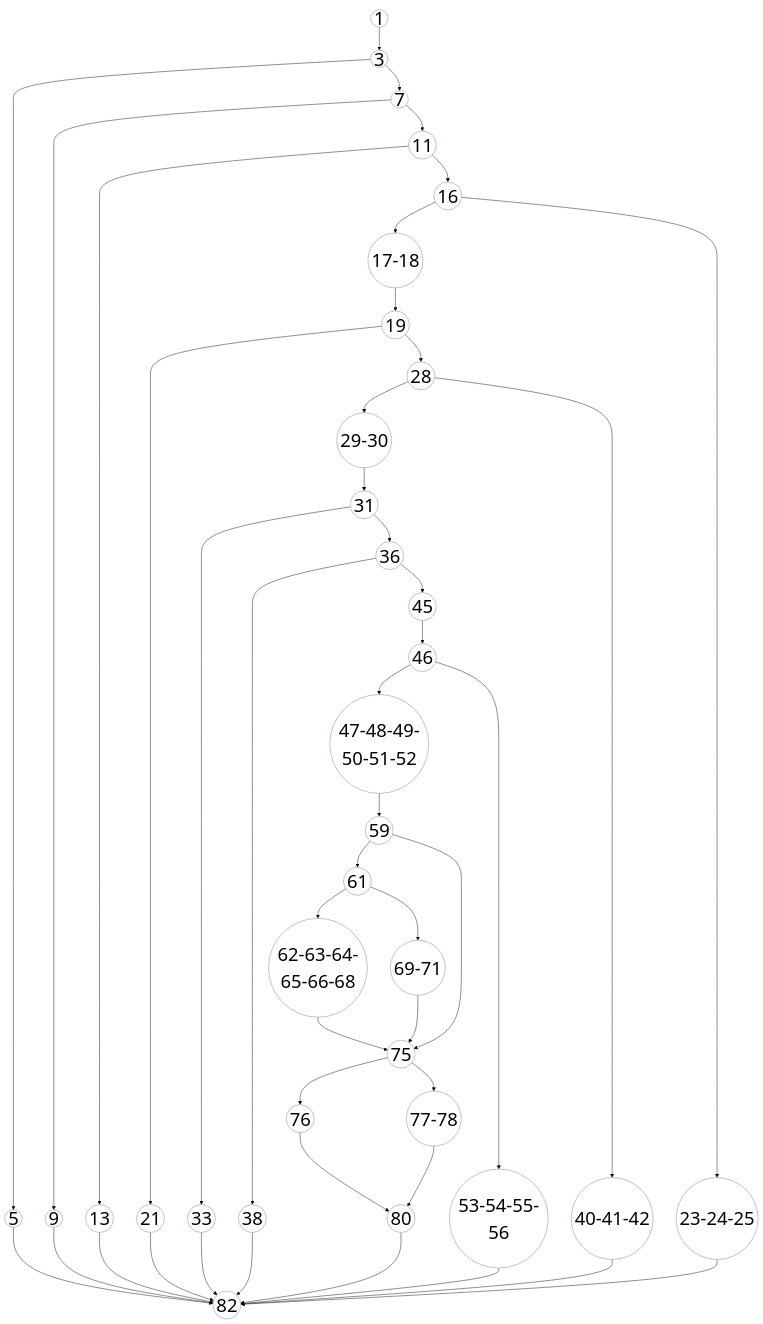
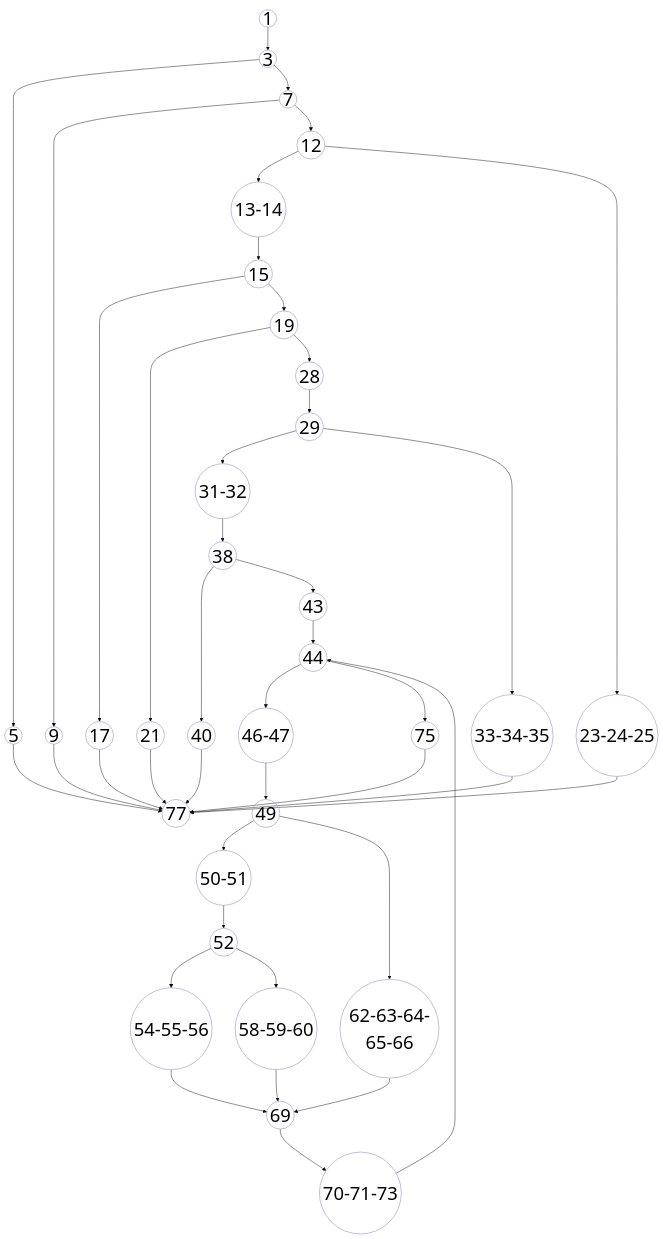
Before and after one commit to aryanhrc3428/Semester-5: the diagram in SE/ideathon/pseudocode/flowcharts/UC-12.mmd, drawn with Mermaid. The commit also changed 47 other files, not shown here.

```diff
--- a/SE/ideathon/pseudocode/flowcharts/UC-12.mmd
+++ b/SE/ideathon/pseudocode/flowcharts/UC-12.mmd
@@ -1,75 +1,73 @@
 ---
 config:
   theme: base
   themeVariables:
     fontSize: '40px'
 ---
 graph TD
     %% Base styling matching the reference CFG style
     classDef default fill:none,stroke:#a3a3d1,stroke-width:1.5px,color:#000;
     
     1((1)) --> 3((3))
     
     3 --> 5((5))
     3 --> 7((7))
     
     7 --> 9((9))
-    7 --> 11((11))
+    7 --> 12((12))
     
-    11 --> 13((13))
-    11 --> 16((16))
+    12 --> 13-14((13-14))
+    12 --> 23-24-25((23-24-25))
     
-    16 --> 17-18((17-18))
-    16 --> 23-24-25((23-24-25))
+    13-14 --> 15((15))
     
-    17-18 --> 19((19))
+    15 --> 17((17))
+    15 --> 19((19))
     
     19 --> 21((21))
     19 --> 28((28))
     
-    28 --> 29-30((29-30))
-    28 --> 40-41-42((40-41-42))
+    28 --> 29((29))
     
-    29-30 --> 31((31))
+    29 --> 31-32((31-32))
+    29 --> 33-34-35((33-34-35))
     
-    31 --> 33((33))
-    31 --> 36((36))
+    31-32 --> 38((38))
     
-    36 --> 38((38))
-    36 --> 45((45))
+    38 --> 40((40))
+    38 --> 43((43))
     
-    45 --> 46((46))
+    43 --> 44((44))
     
-    46 --> 47-48-49-50-51-52((47-48-49-50-51-52))
-    46 --> 53-54-55-56((53-54-55-56))
+    44 --> 46-47((46-47))
+    44 --> 75((75))
+
+    46-47 --> 49((49))
     
-    47-48-49-50-51-52 --> 59((59))
+    49 --> 50-51((50-51))
+    49 --> 62-63-64-65-66((62-63-64-65-66))
     
-    59 --> 61((61))
-    59 --> 75((75))
+    50-51 --> 52((52))
     
-    61 --> 62-63-64-65-66-68((62-63-64-65-66-68))
-    61 --> 69-71((69-71))
-  
-    62-63-64-65-66-68 --> 75
+    52 --> 54-55-56((54-55-56))
+    52 --> 58-59-60((58-59-60))
     
-    69-71 --> 75
+    54-55-56 --> 69((69))
     
-    75 --> 76((76))
-    75 --> 77-78((77-78))
+    58-59-60 --> 69
     
-    76 --> 80((80))
+    62-63-64-65-66 --> 69
     
-    77-78 --> 80
+    69 --> 70-71-73((70-71-73))
     
-    %% Terminal error returns and catches syncing to the final end node (82)
-    5 --> 82((82))
-    9 --> 82
-    13 --> 82
-    21 --> 82
-    23-24-25 --> 82
-    33 --> 82
-    38 --> 82
-    40-41-42 --> 82
-    53-54-55-56 --> 82
-    80 --> 82
+    70-71-73 --> 44
+    
+    %% Terminal error returns and catches syncing to the final end node (77)
+    5 --> 77((77))
+    9 --> 77
+    17 --> 77
+    21 --> 77
+    23-24-25 --> 77
+    33-34-35 --> 77
+    40 --> 77
+    75 --> 77
```
